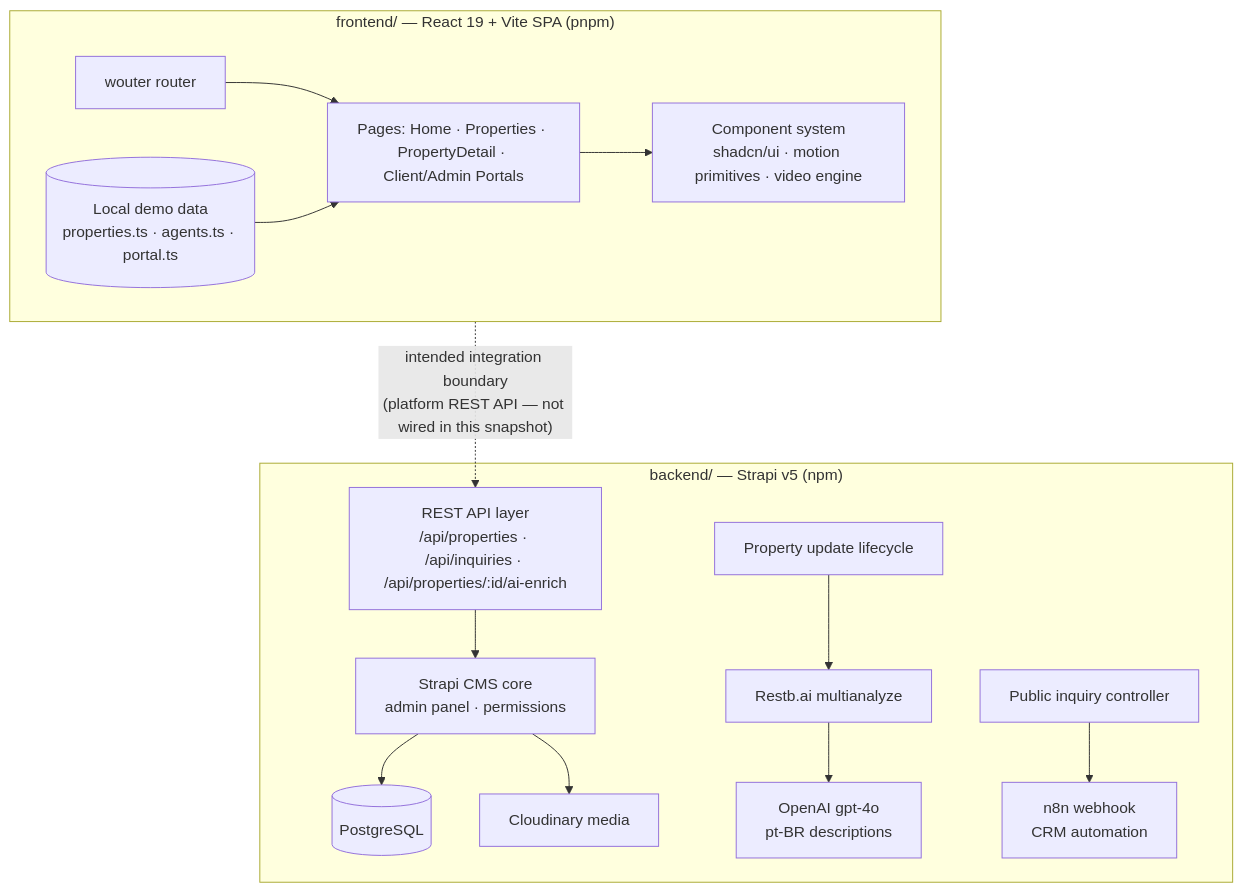
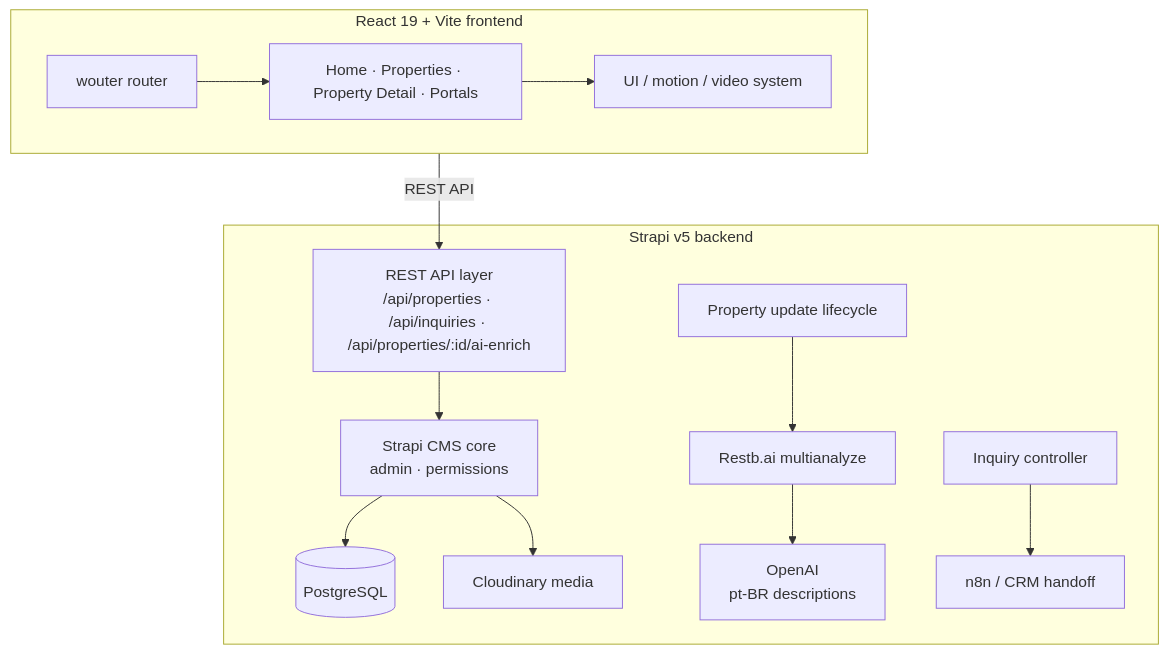
Before and after one commit to ProdigyProjectStudios/aurixa-luxury-real-estate-intelligence: the first of 5 diagrams in docs/architecture.md, drawn with Mermaid. The commit also changed other lines of this file and 2 other files, not shown here.

First line of the commit message:
Correct Aurixa client integration documentation

````diff
--- a/docs/architecture.md
+++ b/docs/architecture.md
@@ -9,20 +11,19 @@
 ```mermaid
 graph TB
-  subgraph FE["frontend/ — React 19 + Vite SPA (pnpm)"]
-    ROUTER[wouter router] --> PAGES[Pages: Home · Properties · PropertyDetail · Client/Admin Portals]
-    PAGES --> COMP[Component system\nshadcn/ui · motion primitives · video engine]
-    MOCK[(Local demo data\nproperties.ts · agents.ts · portal.ts)] --> PAGES
+  subgraph FE["React 19 + Vite frontend"]
+    ROUTER[wouter router] --> PAGES[Home · Properties · Property Detail · Portals]
+    PAGES --> COMP[UI / motion / video system]
   end
 
-  FE -. "intended integration boundary\n(platform REST API — not wired in this snapshot)" .-> API
+  FE -->|REST API| API
 
-  subgraph BE["backend/ — Strapi v5 (npm)"]
+  subgraph BE["Strapi v5 backend"]
     API[REST API layer\n/api/properties · /api/inquiries · /api/properties/:id/ai-enrich]
-    API --> CMS[Strapi CMS core\nadmin panel · permissions]
+    API --> CMS[Strapi CMS core\nadmin · permissions]
     CMS --> PG[(PostgreSQL)]
     CMS --> CLD[Cloudinary media]
     LC[Property update lifecycle] --> RESTB[Restb.ai multianalyze]
-    RESTB --> OPENAI[OpenAI gpt-4o\npt-BR descriptions]
-    INQ[Public inquiry controller] --> N8N[n8n webhook\nCRM automation]
+    RESTB --> OPENAI[OpenAI\npt-BR descriptions]
+    INQ[Inquiry controller] --> N8N[n8n / CRM handoff]
   end
 ```
````
